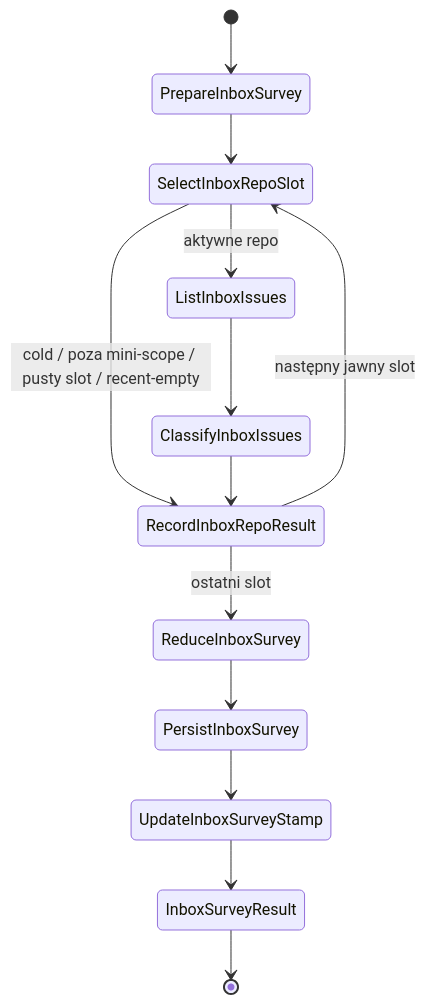
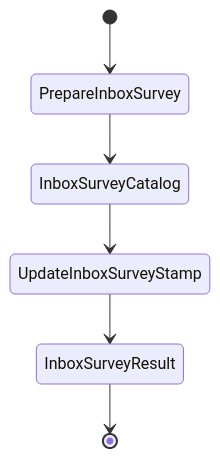
Diagram 26 of 39 in README.md (mikolaj92/lokay), drawn with Mermaid before and after one commit. The commit also changed other lines of this file and 16 other files, not shown here.

First line of the commit message:
fix: count last-pass inbox remaining from listed catalog rows

````diff
--- a/README.md
+++ b/README.md
@@ -793,15 +781,8 @@
 ```mermaid
 stateDiagram-v2
     [*] --> PrepareInboxSurvey
-    PrepareInboxSurvey --> SelectInboxRepoSlot
-    SelectInboxRepoSlot --> ListInboxIssues: aktywne repo
-    SelectInboxRepoSlot --> RecordInboxRepoResult: cold / poza mini-scope / pusty slot / recent-empty
-    ListInboxIssues --> ClassifyInboxIssues
-    ClassifyInboxIssues --> RecordInboxRepoResult
-    RecordInboxRepoResult --> SelectInboxRepoSlot: następny jawny slot
-    RecordInboxRepoResult --> ReduceInboxSurvey: ostatni slot
-    ReduceInboxSurvey --> PersistInboxSurvey
-    PersistInboxSurvey --> UpdateInboxSurveyStamp
+    PrepareInboxSurvey --> InboxSurveyCatalog
+    InboxSurveyCatalog --> UpdateInboxSurveyStamp
     UpdateInboxSurveyStamp --> InboxSurveyResult
     InboxSurveyResult --> [*]
 ```
````
